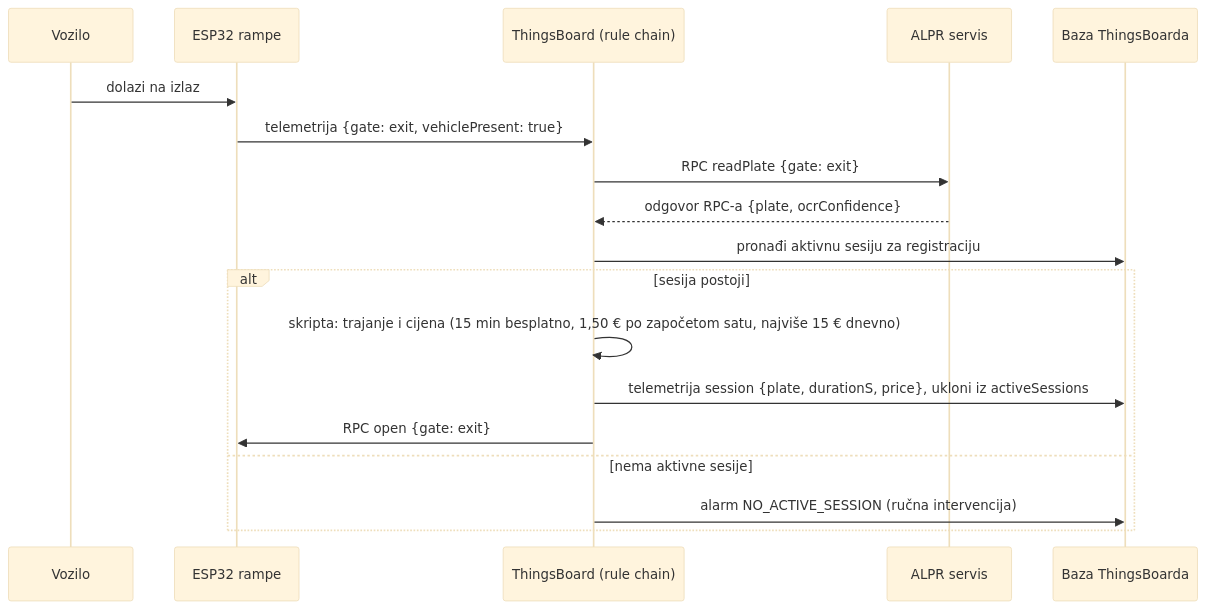
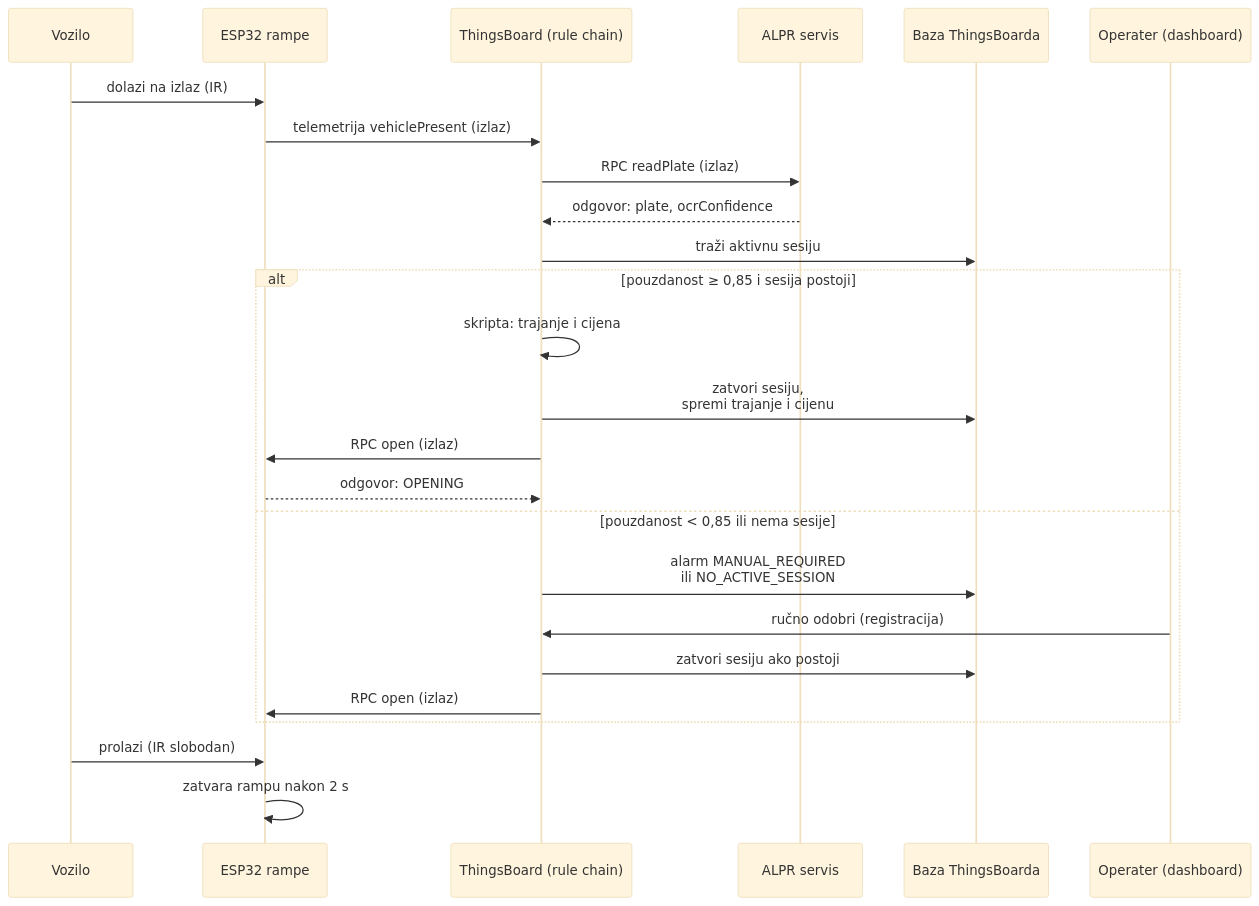
The sixth of 6 diagrams in PROJEKT/sustav/arhitektura.md (iampaviic/IoTGarage), drawn with Mermaid (base theme) before and after one commit. The commit also changed other lines of this file, not shown here.

First line of the commit message:
Architecture: fix variant B flows, make diagram text fit

````diff
--- a/PROJEKT/sustav/arhitektura.md
+++ b/PROJEKT/sustav/arhitektura.md
@@ -246,20 +278,27 @@
 ```mermaid
 sequenceDiagram
   participant V as Vozilo
   participant R as ESP32 rampe
   participant TB as ThingsBoard (rule chain)
   participant A as ALPR servis
   participant DB as Baza ThingsBoarda
-  V->>R: dolazi na izlaz
-  R->>TB: telemetrija {gate: exit, vehiclePresent: true}
-  TB->>A: RPC readPlate {gate: exit}
-  A-->>TB: odgovor RPC-a {plate, ocrConfidence}
-  TB->>DB: pronađi aktivnu sesiju za registraciju
-  alt sesija postoji
-    TB->>TB: skripta: trajanje i cijena (15 min besplatno, 1,50 € po započetom satu, najviše 15 € dnevno)
-    TB->>DB: telemetrija session {plate, durationS, price}, ukloni iz activeSessions
-    TB->>R: RPC open {gate: exit}
-  else nema aktivne sesije
-    TB->>DB: alarm NO_ACTIVE_SESSION (ručna intervencija)
+  participant O as Operater (dashboard)
+  V->>R: dolazi na izlaz (IR)
+  R->>TB: telemetrija vehiclePresent (izlaz)
+  TB->>A: RPC readPlate (izlaz)
+  A-->>TB: odgovor: plate, ocrConfidence
+  TB->>DB: traži aktivnu sesiju
+  alt pouzdanost ≥ 0,85 i sesija postoji
+    TB->>TB: skripta: trajanje i cijena
+    TB->>DB: zatvori sesiju,<br/>spremi trajanje i cijenu
+    TB->>R: RPC open (izlaz)
+    R-->>TB: odgovor: OPENING
+  else pouzdanost < 0,85 ili nema sesije
+    TB->>DB: alarm MANUAL_REQUIRED<br/>ili NO_ACTIVE_SESSION
+    O->>TB: ručno odobri (registracija)
+    TB->>DB: zatvori sesiju ako postoji
+    TB->>R: RPC open (izlaz)
   end
+  V->>R: prolazi (IR slobodan)
+  R->>R: zatvara rampu nakon 2 s
 ```
````
